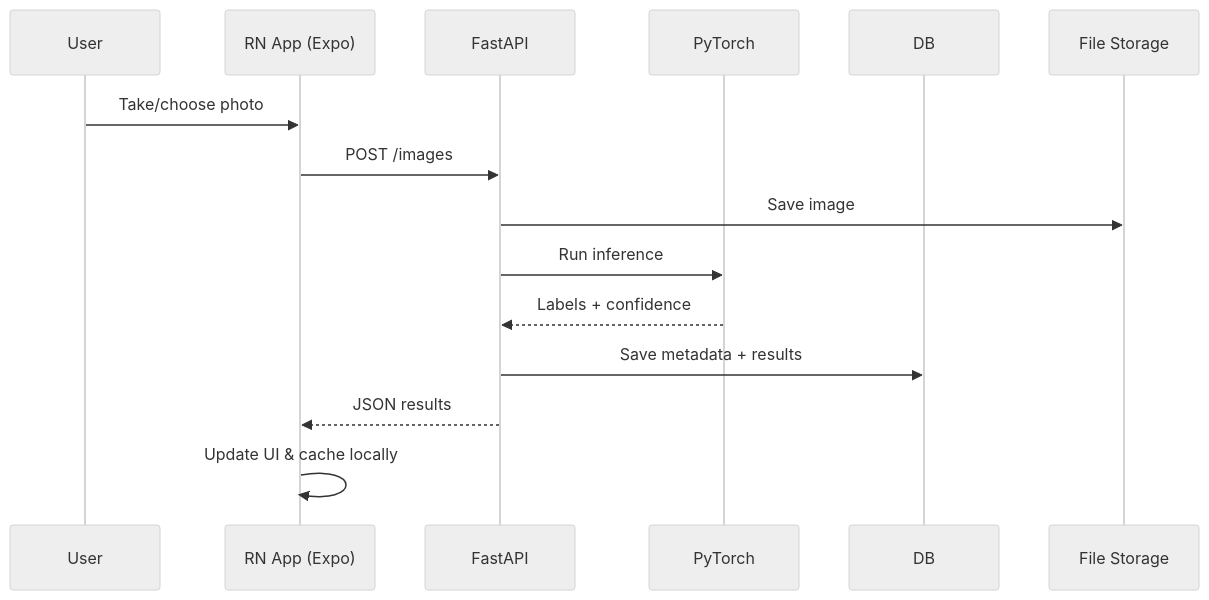
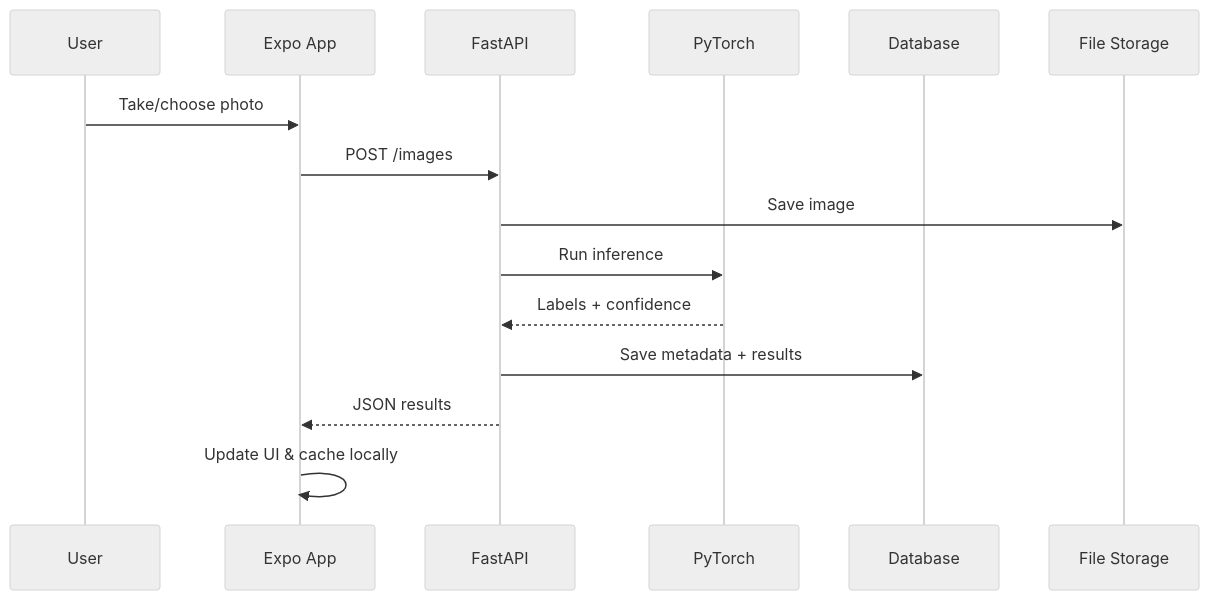
Before and after one commit to Varustevahti/Backend: the second of 2 diagrams in README.md, drawn with Mermaid (neutral theme). The commit also changed other lines of this file, not shown here.

````diff
--- a/README.md
+++ b/README.md
@@ -62,19 +62,19 @@
 ```mermaid
 sequenceDiagram
   participant U as User
-  participant App as RN App (Expo)
+  participant App as Expo App
   participant API as FastAPI
   participant ML as PyTorch
-  participant DB as DB
+  participant DB as Database
   participant FS as File Storage
 
   U->>App: Take/choose photo
   App->>API: POST /images
   API->>FS: Save image
   API->>ML: Run inference
   ML-->>API: Labels + confidence
   API->>DB: Save metadata + results
   API-->>App: JSON results
   App->>App: Update UI & cache locally
 
 ```
````
